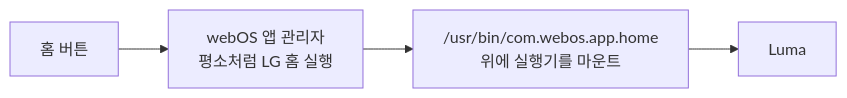
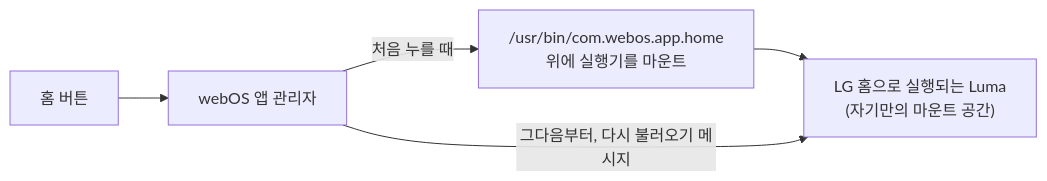
Before and after one commit to wonjoonSeol/lg-luma: the diagram in readme.ko.md, drawn with Mermaid. The commit also changed other lines of this file and 1 other file, not shown here.

Commit message:
Readme: Home button relaunches instead of restarting, #37, preview 3 [skip ci]

````diff
--- a/readme.ko.md
+++ b/readme.ko.md
@@ -51,6 +52,7 @@
 ```mermaid
 flowchart LR
-  A[홈 버튼] --> B[webOS 앱 관리자<br>평소처럼 LG 홈 실행]
-  B --> C["/usr/bin/com.webos.app.home<br>위에 실행기를 마운트"]
-  C --> D[Luma]
+  A[홈 버튼] --> B[webOS 앱 관리자]
+  B -- 처음 누를 때 --> C["/usr/bin/com.webos.app.home<br>위에 실행기를 마운트"]
+  C --> D["LG 홈으로 실행되는 Luma<br>(자기만의 마운트 공간)"]
+  B -- 그다음부터, 다시 불러오기 메시지 --> D
 ```
````
